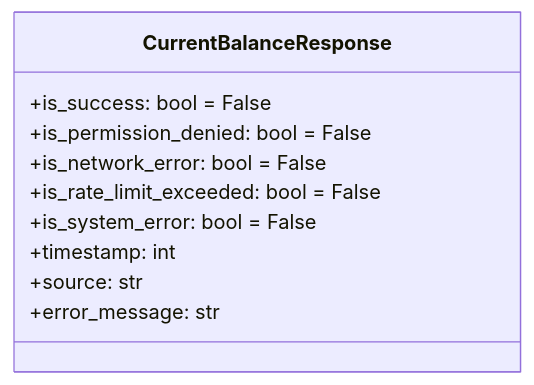
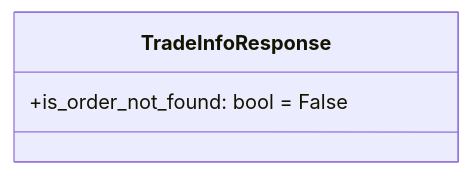
One commit to gatesplan/python-toolbox changed the eighth of 16 diagrams in packages/financial-assets/financial_assets/response/Architecture.md. Above: the diagram before and after it, drawn with Mermaid. The commit also changed other lines of this file, not shown here.

First line of the commit message:
docs(financial-assets): Response 아키텍처 BaseResponse 상속 구조로 리팩토링

````diff
--- a/packages/financial-assets/financial_assets/response/Architecture.md
+++ b/packages/financial-assets/financial_assets/response/Architecture.md
@@ -359,13 +235,6 @@
 ```mermaid
 classDiagram
-    class CurrentBalanceResponse {
-        +is_success: bool = False
-        +is_permission_denied: bool = False
-        +is_network_error: bool = False
-        +is_rate_limit_exceeded: bool = False
-        +is_system_error: bool = False
-        +timestamp: int
-        +source: str
-        +error_message: str
+    class TradeInfoResponse {
+        +is_order_not_found: bool = False
     }
 ```
````
